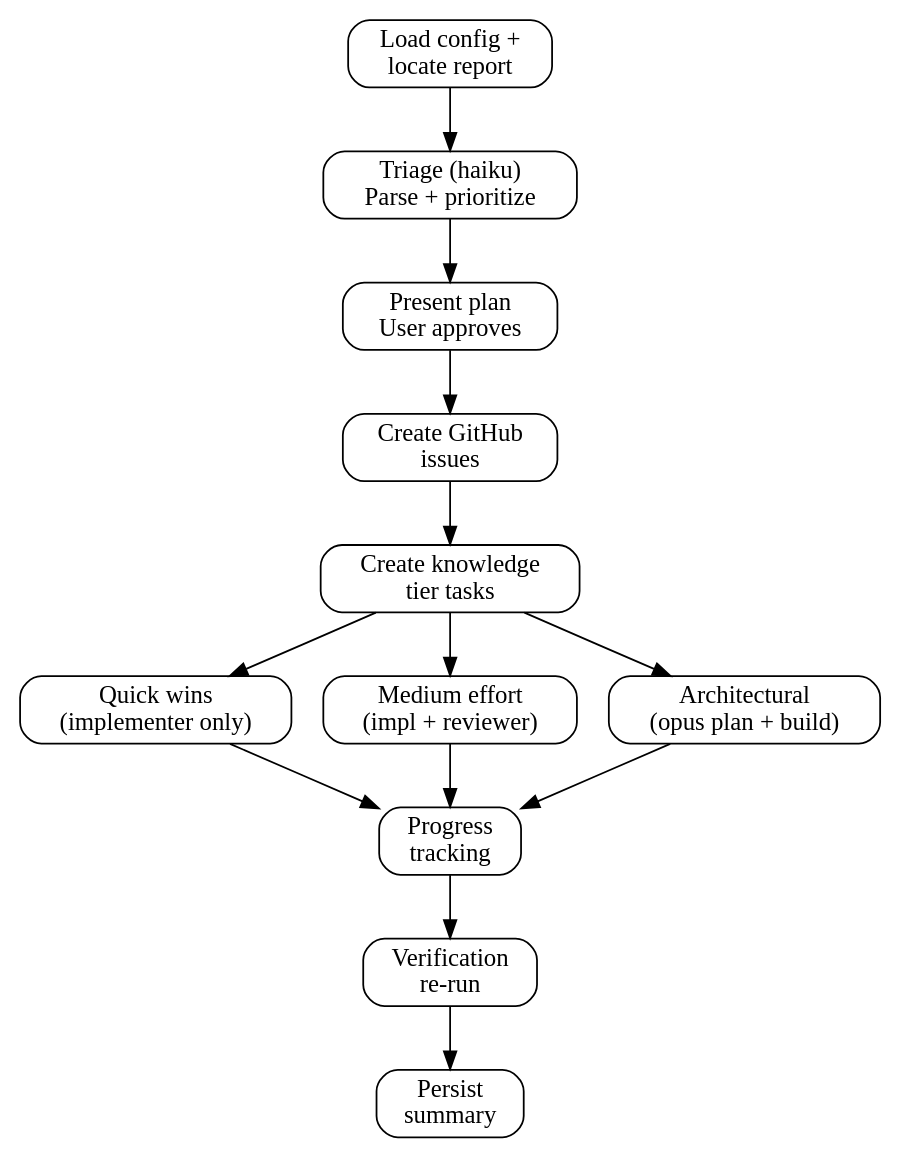
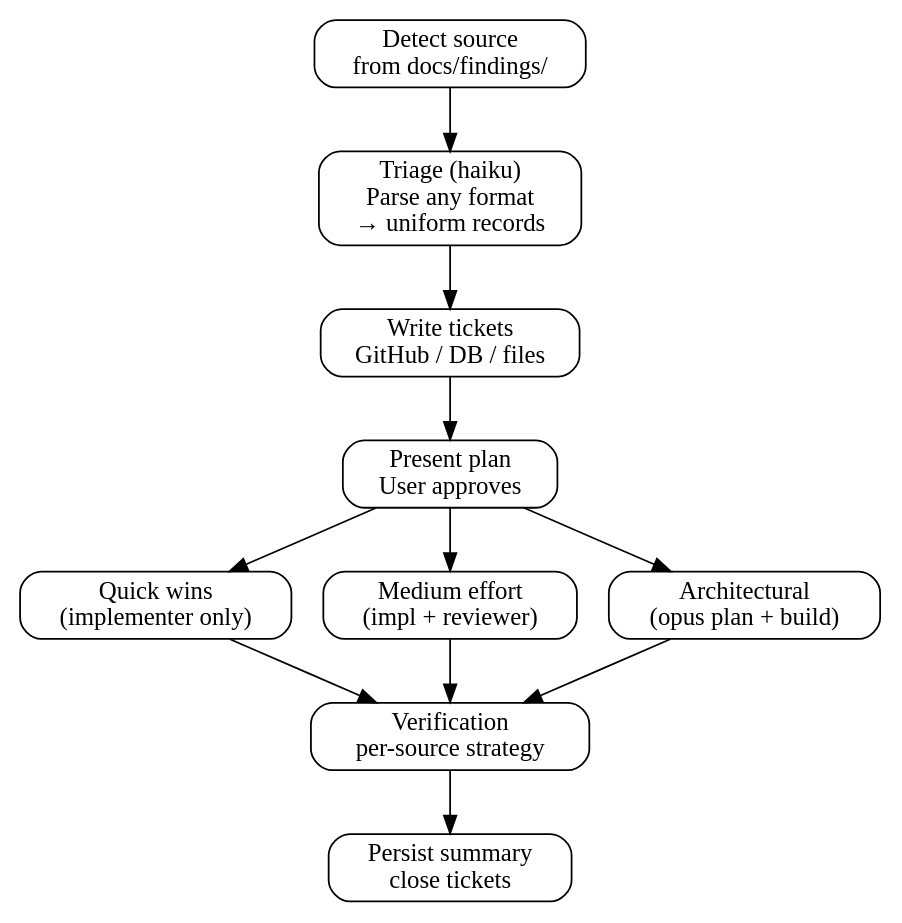
One commit to djwmobley/pipeline changed the diagram in skills/remediation/SKILL.md. Above: the diagram before and after it, drawn with Graphviz. The commit also changed other lines of this file and 16 other files, not shown here.

````diff
--- a/skills/remediation/SKILL.md
+++ b/skills/remediation/SKILL.md
@@ -16,26 +51,24 @@
 ```dot
 digraph remediation {
     rankdir=TB;
     node [shape=box, style=rounded];
 
-    load [label="Load config +\nlocate report"];
-    triage [label="Triage (haiku)\nParse + prioritize"];
+    source [label="Detect source\nfrom docs/findings/"];
+    triage [label="Triage (haiku)\nParse any format\n→ uniform records"];
+    tickets [label="Write tickets\nGitHub / DB / files"];
     present [label="Present plan\nUser approves"];
-    issues [label="Create GitHub\nissues"];
-    tasks [label="Create knowledge\ntier tasks"];
     quick [label="Quick wins\n(implementer only)"];
     medium [label="Medium effort\n(impl + reviewer)"];
     arch [label="Architectural\n(opus plan + build)"];
-    progress [label="Progress\ntracking"];
-    verify [label="Verification\nre-run"];
-    persist [label="Persist\nsummary"];
+    verify [label="Verification\nper-source strategy"];
+    persist [label="Persist summary\nclose tickets"];
 
-    load -> triage -> present -> issues -> tasks;
-    tasks -> quick -> progress;
-    tasks -> medium -> progress;
-    tasks -> arch -> progress;
-    progress -> verify -> persist;
+    source -> triage -> tickets -> present;
+    present -> quick -> verify;
+    present -> medium -> verify;
+    present -> arch -> verify;
+    verify -> persist;
 
     {rank=same; quick; medium; arch;}
 }
 ```
````
